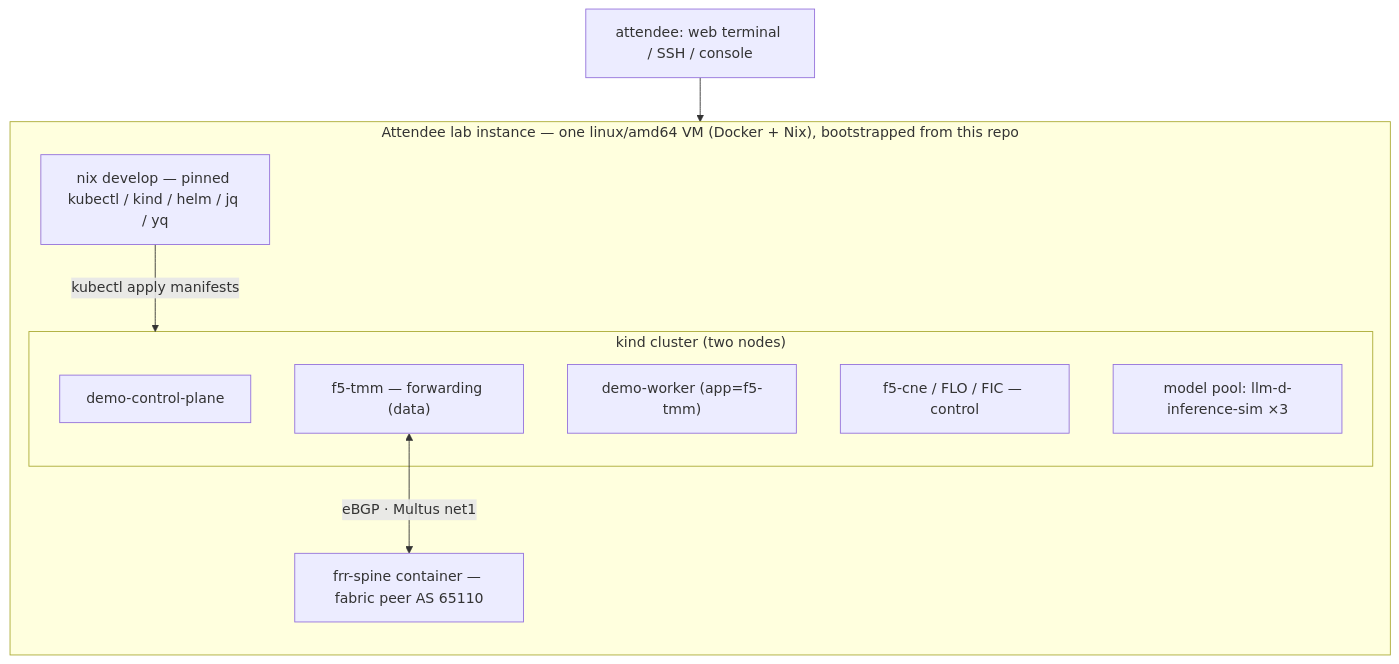
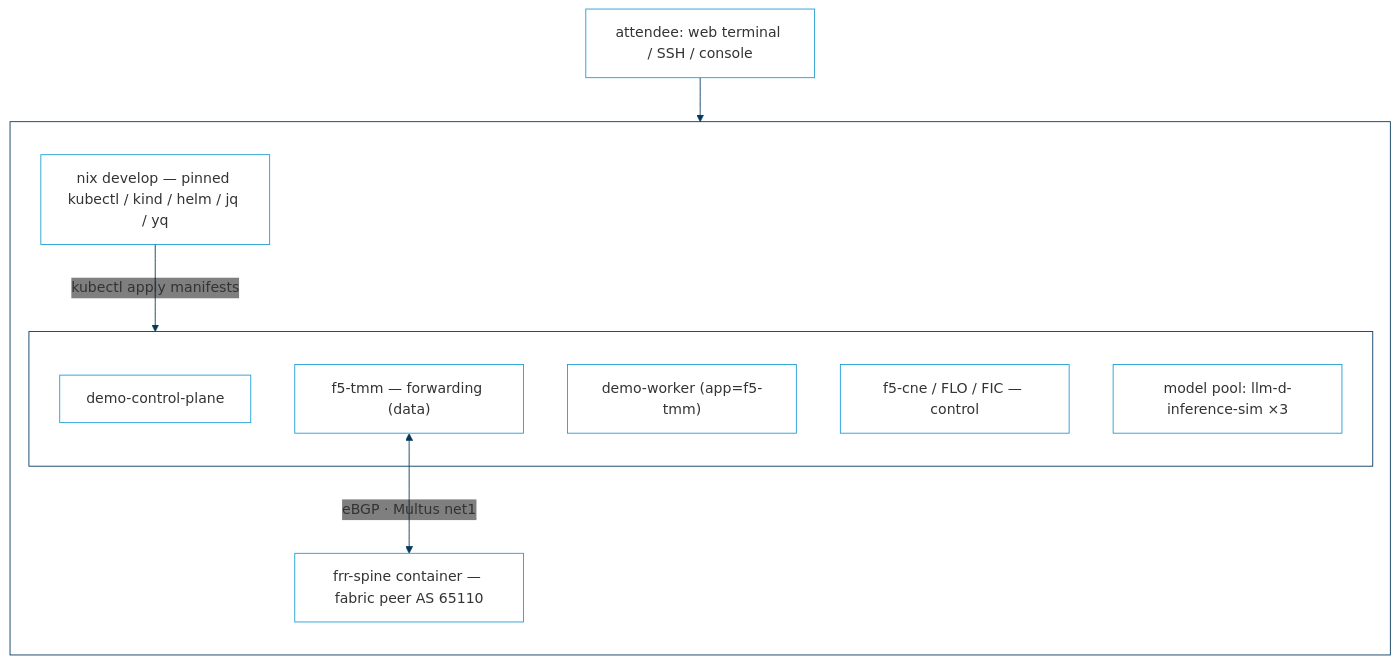
Before and after one commit to shsingh/ai-infra-for-neteng: the diagram in README.md, drawn with Mermaid. The commit also changed 4 other files, not shown here.

Commit message:
fix: depth-correct theme asset urls on nested pages, styled mermaid groups

````diff
--- a/README.md
+++ b/README.md
@@ -50,18 +50,19 @@
 ```mermaid
+%%{init: {"theme":"base","themeVariables":{"primaryColor":"transparent","primaryBorderColor":"#1d9cd3","lineColor":"#04395d","clusterBkg":"transparent","clusterBorder":"#04395d"}}}%%
 graph TB
   subgraph LAB["Attendee lab instance — one linux/amd64 VM (Docker + Nix), bootstrapped from this repo"]
     direction TB
     shell["nix develop — pinned kubectl / kind / helm / jq / yq"]
     subgraph KIND["kind cluster (two nodes)"]
       CP["demo-control-plane"]
       WK["demo-worker (app=f5-tmm)"]
       TMM["f5-tmm — forwarding (data)"]
       CTR["f5-cne / FLO / FIC — control"]
       SIM["model pool: llm-d-inference-sim ×3"]
     end
     SPINE["frr-spine container — fabric peer AS 65110"]
   end
   U["attendee: web terminal / SSH / console"] --> shell
   shell -->|kubectl apply manifests| KIND
   TMM <-->|"eBGP · Multus net1"| SPINE
 ```
````
